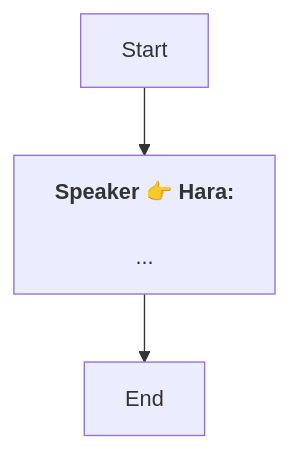
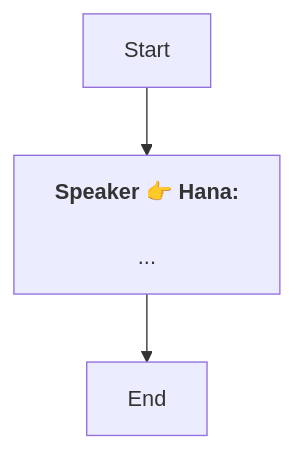
Before and after one commit to SoftHu/tos_avg: the diagram in En/Dialog_55347137481345.md, drawn with Mermaid. The commit also changed 737 other files, not shown here.

````diff
--- a/En/Dialog_55347137481345.md
+++ b/En/Dialog_55347137481345.md
@@ -1,8 +1,7 @@
 ```mermaid
 graph
-Start -->1771108441161779[<b>Speaker 👉 Hara:</b>
-
-...]
+Start -->1771108441161779[<b>Speaker 👉 Hana:</b>
+\n...]
 1771108441161779 -->1771108434578481[End]
 
- ```
+```
````
